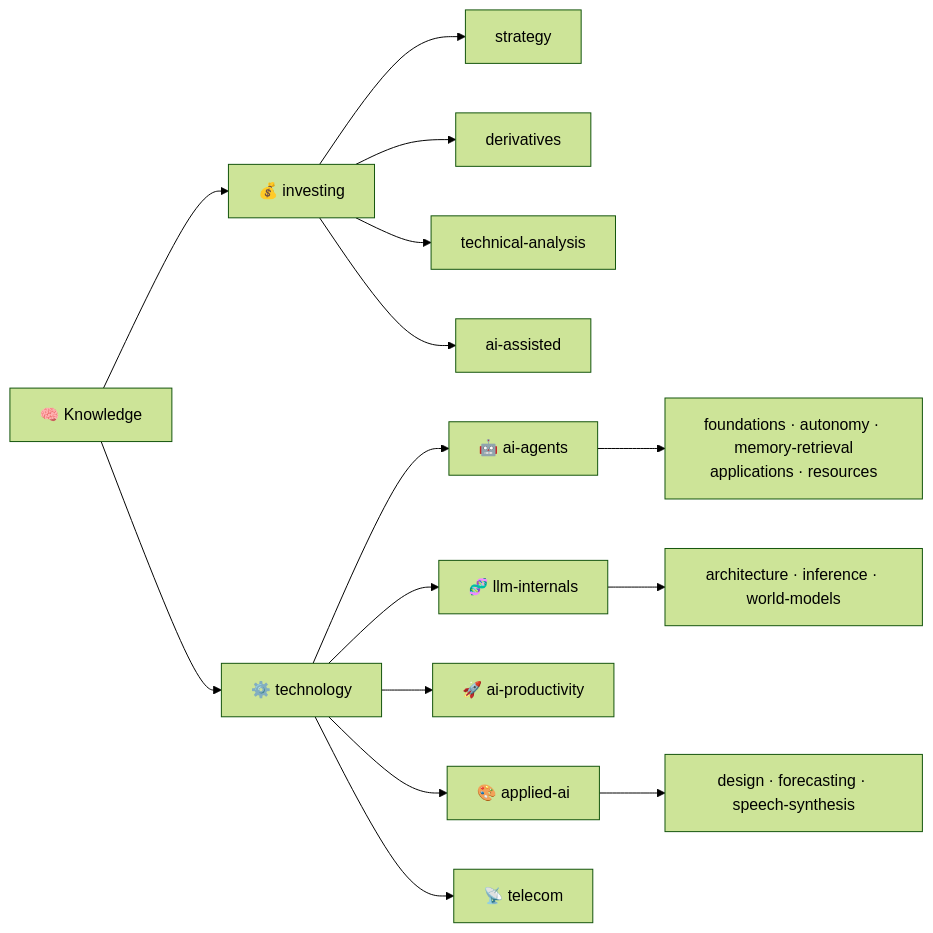
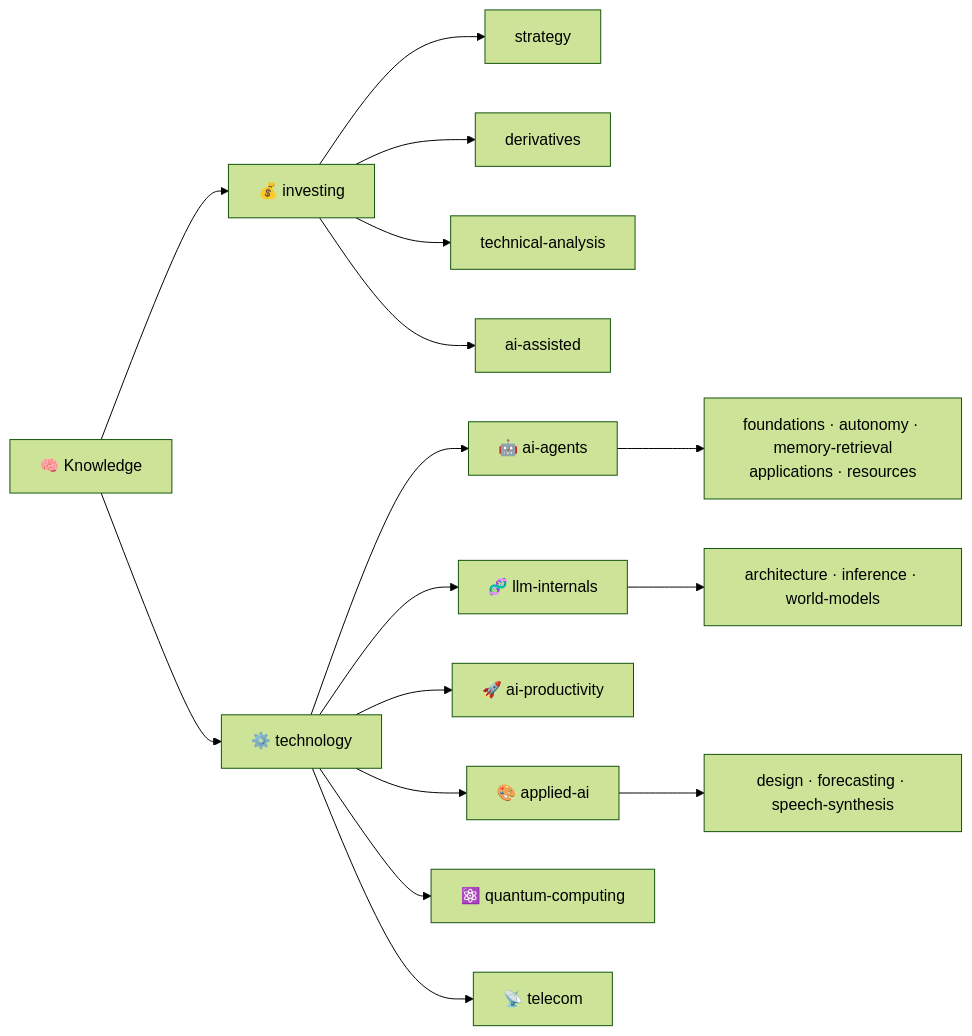
The diagram in README.md (shooter2062424/Knowledge), drawn with Mermaid (forest theme) before and after one commit. The commit also changed other lines of this file and 1 other file, not shown here.

````diff
--- a/README.md
+++ b/README.md
@@ -25,17 +25,18 @@
 ```mermaid
 flowchart LR
     K["🧠 Knowledge"] --> I["💰 investing"]
     K --> T["⚙️ technology"]
     I --> I1["strategy"]
     I --> I2["derivatives"]
     I --> I3["technical-analysis"]
     I --> I4["ai-assisted"]
     T --> T1["🤖 ai-agents"]
     T --> T2["🧬 llm-internals"]
     T --> T3["🚀 ai-productivity"]
     T --> T4["🎨 applied-ai"]
+    T --> T6["⚛️ quantum-computing"]
     T --> T5["📡 telecom"]
     T1 --> T1a["foundations · autonomy · memory-retrieval<br/>applications · resources"]
     T2 --> T2a["architecture · inference · world-models"]
     T4 --> T4a["design · forecasting · speech-synthesis"]
 ```
````
